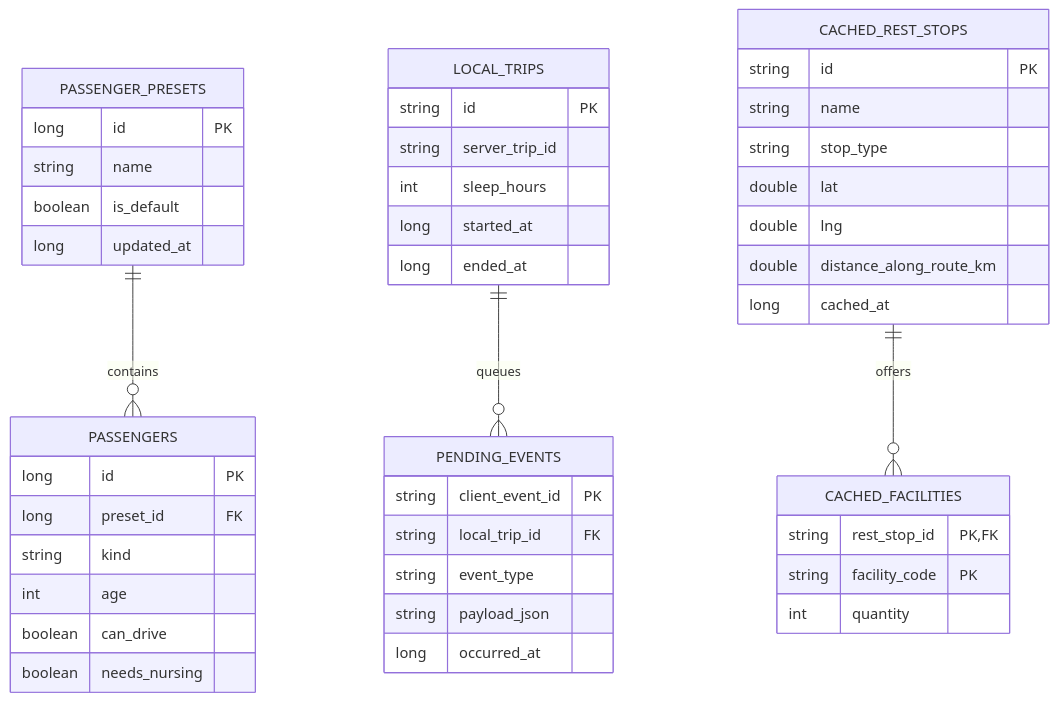
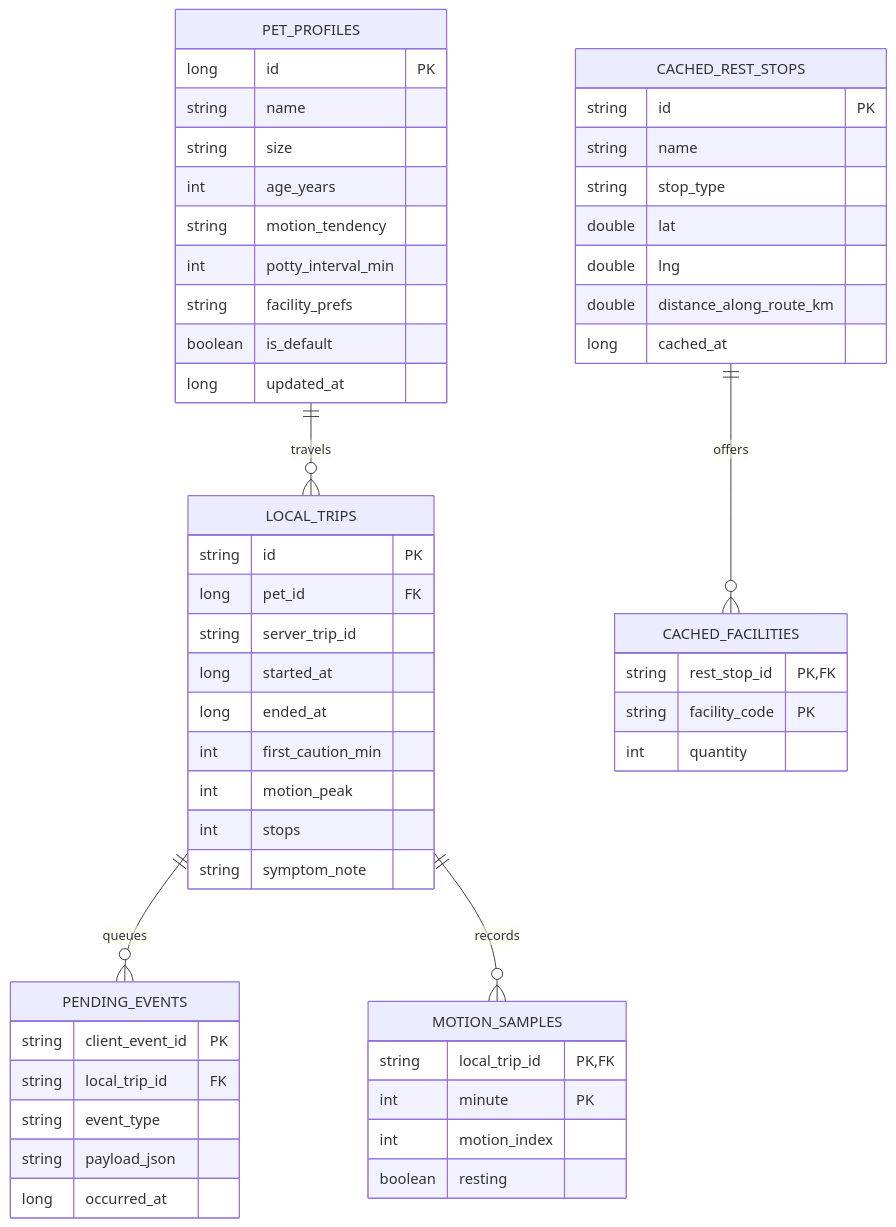
The second of 2 diagrams in database.md (xuxtaku7610-del/every-moment-of-pause), drawn with Mermaid before and after one commit. The commit also changed other lines of this file and 159 other files, not shown here.

````diff
--- a/database.md
+++ b/database.md
@@ -281,49 +288,57 @@
 ```mermaid
 erDiagram
-    PASSENGER_PRESETS ||--o{ PASSENGERS : "contains"
+    PET_PROFILES ||--o{ LOCAL_TRIPS : "travels"
     LOCAL_TRIPS ||--o{ PENDING_EVENTS : "queues"
+    LOCAL_TRIPS ||--o{ MOTION_SAMPLES : "records"
     CACHED_REST_STOPS ||--o{ CACHED_FACILITIES : "offers"
 
-    PASSENGER_PRESETS {
+    PET_PROFILES {
         long id PK
         string name
+        string size
+        int age_years
+        string motion_tendency
+        int potty_interval_min
+        string facility_prefs
         boolean is_default
         long updated_at
     }
-    PASSENGERS {
-        long id PK
-        long preset_id FK
-        string kind
-        int age
-        boolean can_drive
-        boolean needs_nursing
-    }
     LOCAL_TRIPS {
         string id PK
+        long pet_id FK
         string server_trip_id
-        int sleep_hours
         long started_at
         long ended_at
+        int first_caution_min
+        int motion_peak
+        int stops
+        string symptom_note
+    }
+    MOTION_SAMPLES {
+        string local_trip_id PK, FK
+        int minute PK
+        int motion_index
+        boolean resting
     }
     PENDING_EVENTS {
         string client_event_id PK
         string local_trip_id FK
         string event_type
         string payload_json
         long occurred_at
     }
     CACHED_REST_STOPS {
         string id PK
         string name
         string stop_type
         double lat
         double lng
         double distance_along_route_km
         long cached_at
     }
     CACHED_FACILITIES {
         string rest_stop_id PK, FK
         string facility_code PK
         int quantity
     }
 ```
````
